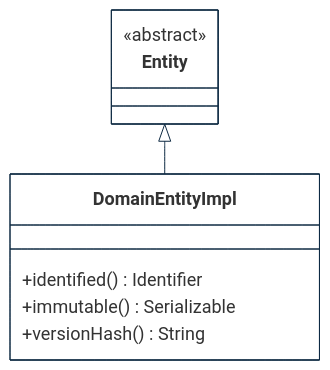
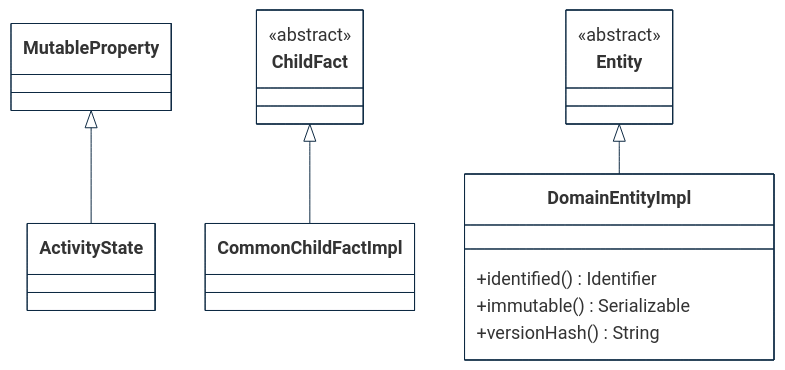
The second of 5 diagrams in implementations-line/framework/domain/designview-packages.md (cybnity/foundation), drawn with Mermaid before and after one commit. The commit also changed other lines of this file, not shown here.

````diff
--- a/implementations-line/framework/domain/designview-packages.md
+++ b/implementations-line/framework/domain/designview-packages.md
@@ -86,30 +60,35 @@
 ```mermaid
 %%{
   init: {
     'theme': 'base',
     'themeVariables': {
         'background': '#ffffff',
         'fontFamily': 'arial',
         'fontSize': '18px',
         'primaryColor': '#fff',
         'primaryBorderColor': '#0e2a43',
         'secondaryBorderColor': '#0e2a43',
         'tertiaryBorderColor': '#0e2a43',
         'edgeLabelBackground':'#0e2a43',
         'lineColor': '#0e2a43',
         'tertiaryColor': '#fff'
     }
   }
 }%%
 classDiagram
+    MutableProperty <|-- ActivityState
+    ChildFact <|-- CommonChildFactImpl
     Entity <|-- DomainEntityImpl
     class Entity {
         <<abstract>>
     }
     class DomainEntityImpl {
         +identified() Identifier
         +immutable() Serializable
         +versionHash() String
     }
+    class ChildFact {
+        <<abstract>>
+    }
 
 ```
````
